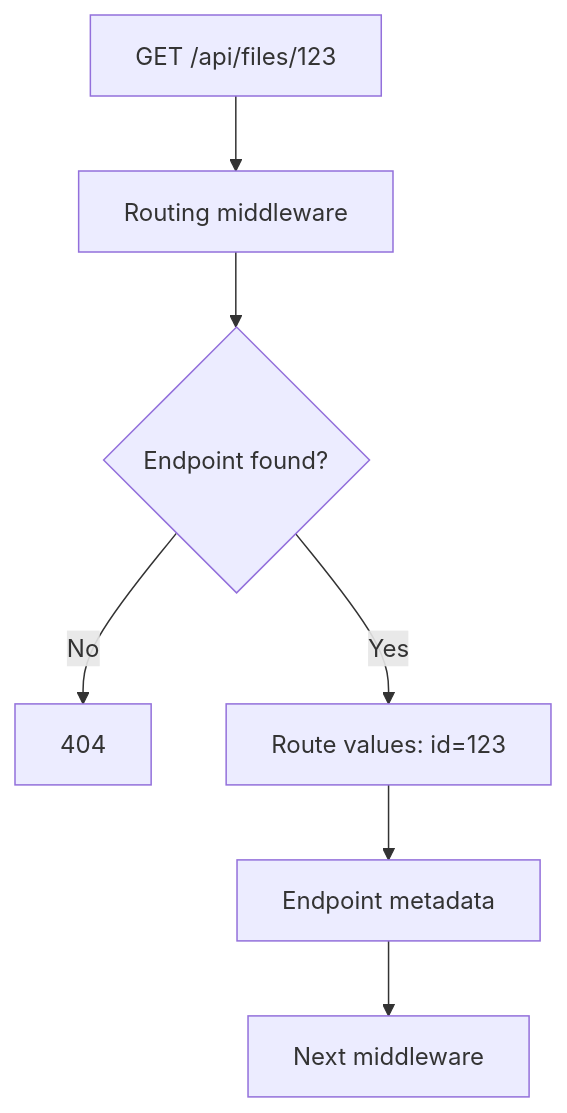
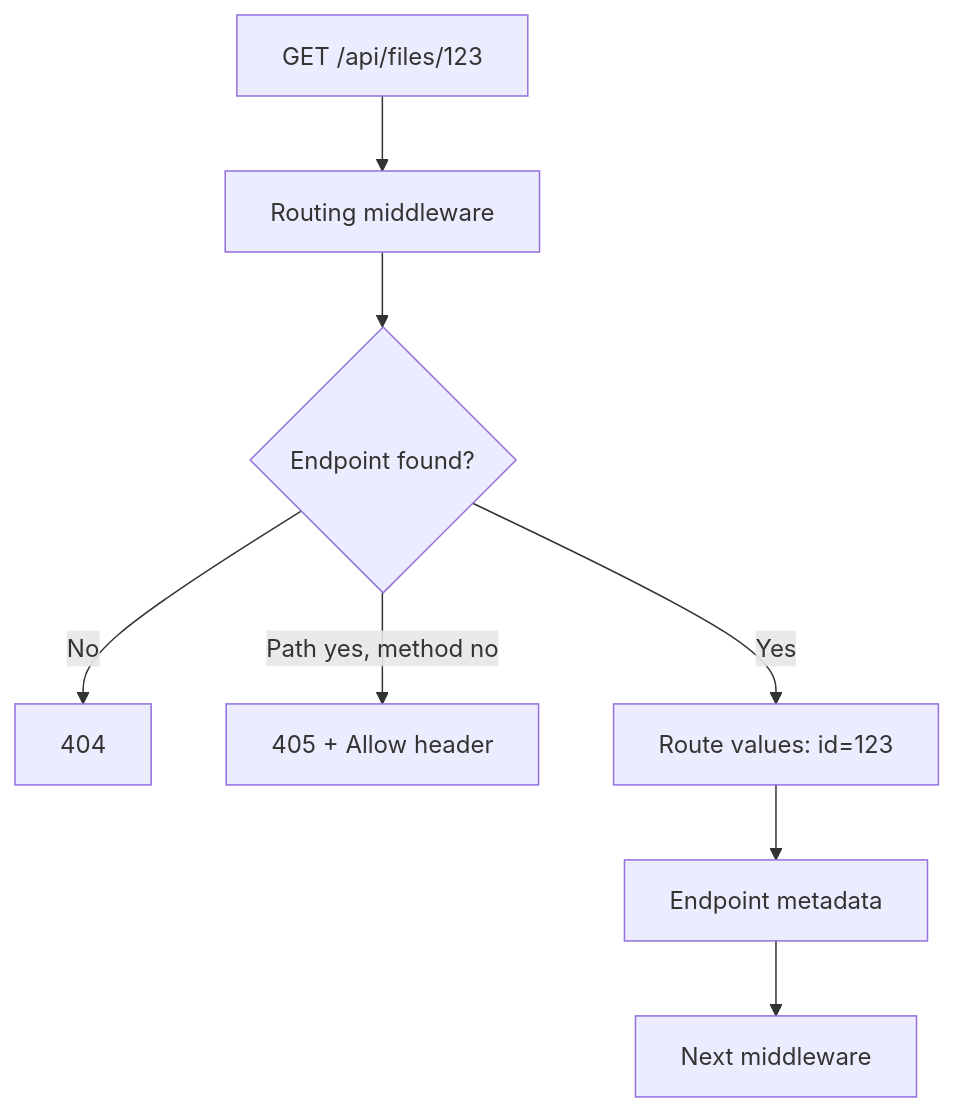
One commit to EugenTovarchi/Backend-Engineer-Handbook changed the diagram in 02_ASPNET_Core_Request_Pipeline/04_Routing_Endpoint_Selection.md. Above: the diagram before and after it, drawn with Mermaid. The commit also changed other lines of this file and 10 other files, not shown here.

````diff
--- a/02_ASPNET_Core_Request_Pipeline/04_Routing_Endpoint_Selection.md
+++ b/02_ASPNET_Core_Request_Pipeline/04_Routing_Endpoint_Selection.md
@@ -213,9 +223,10 @@
 ```mermaid
 flowchart TD
     Request[GET /api/files/123] --> Routing[Routing middleware]
     Routing --> Match{Endpoint found?}
     Match -- No --> NotFound[404]
+    Match -- Path yes, method no --> MethodNotAllowed[405 + Allow header]
     Match -- Yes --> Values[Route values: id=123]
     Values --> Metadata[Endpoint metadata]
     Metadata --> Next[Next middleware]
 ```
````
